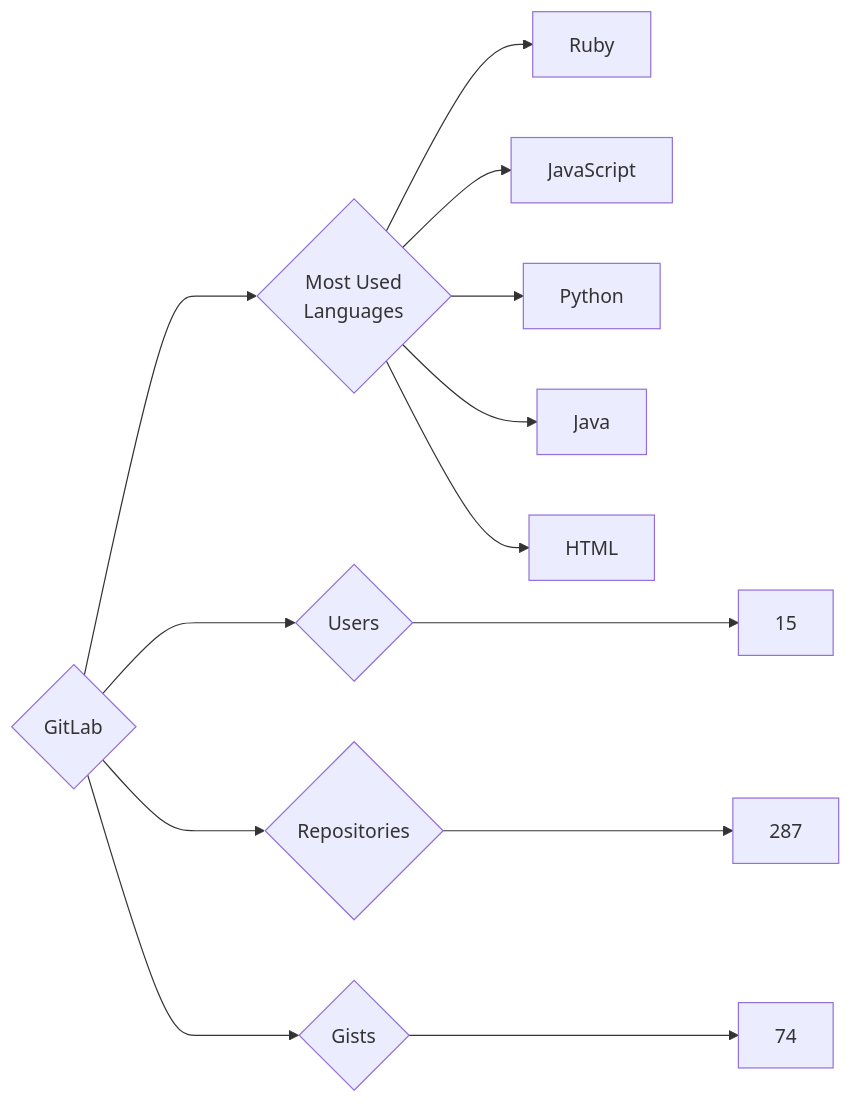
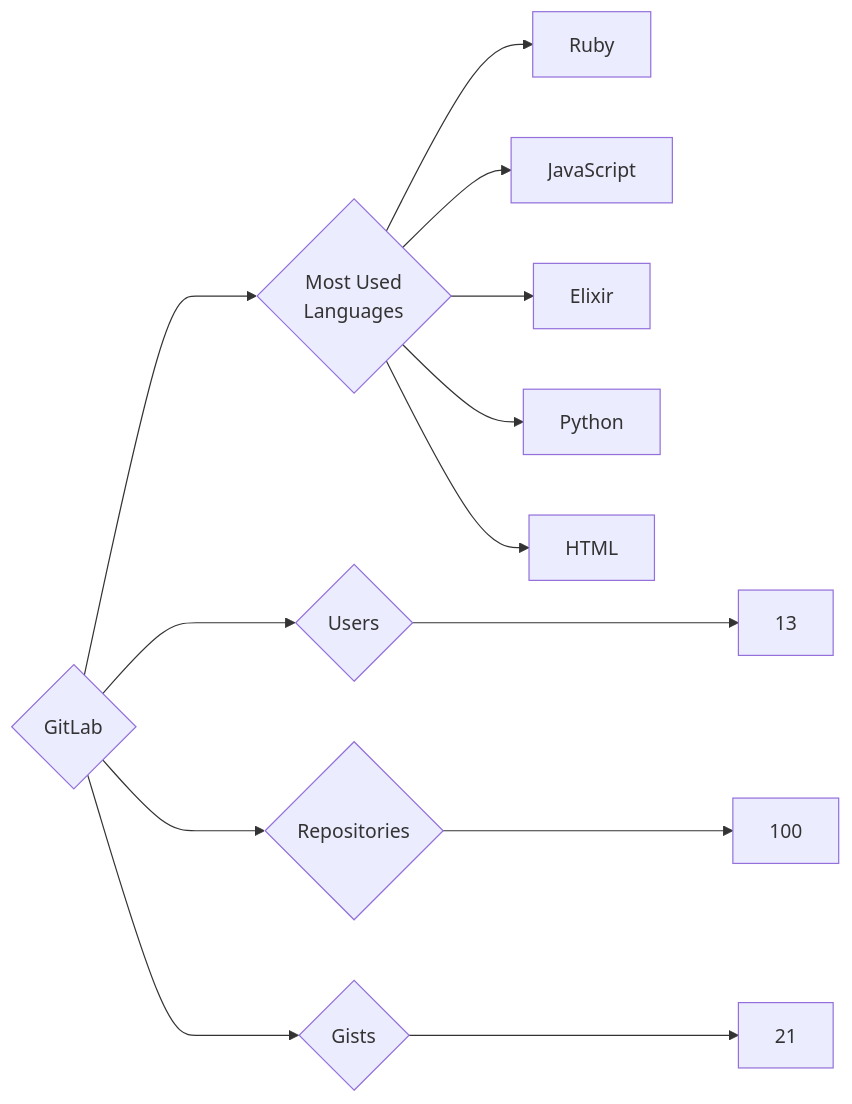
One commit to trickest/insiders changed the diagram in targets/GitLab/README.md. Above: the diagram before and after it, drawn with Mermaid. The commit also changed 750 other files, not shown here.

````diff
--- a/targets/GitLab/README.md
+++ b/targets/GitLab/README.md
@@ -3,13 +3,13 @@
 ```mermaid
 graph LR
 COMPANY_NAME{GitLab}
-COMPANY_NAME ---> U{Users} ---> UN[15]
-COMPANY_NAME ---> R{Repositories} ---> RN[287]
-COMPANY_NAME ---> G{Gists} ---> GN[74]
+COMPANY_NAME ---> U{Users} ---> UN[13]
+COMPANY_NAME ---> R{Repositories} ---> RN[100]
+COMPANY_NAME ---> G{Gists} ---> GN[21]
 COMPANY_NAME ---> ML{Most Used<br>Languages}
 ML --> Ruby[Ruby]
 ML --> JavaScript[JavaScript]
+ML --> Elixir[Elixir]
 ML --> Python[Python]
-ML --> Java[Java]
 ML --> HTML[HTML]
 ```
````
